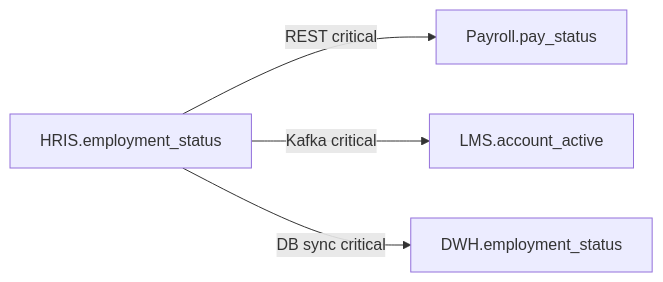
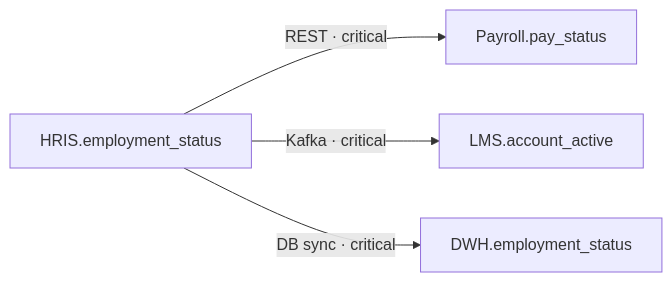
The second of 2 diagrams in docs/06-data-model.md (jah-guide/sourcemap), drawn with Mermaid before and after one commit. The commit also changed other lines of this file, not shown here.

Commit message:
docs: trim data model ERD for quick scanning

````diff
--- a/docs/06-data-model.md
+++ b/docs/06-data-model.md
@@ -98,11 +67,11 @@
 ```mermaid
 flowchart LR
   H[HRIS.employment_status]
   P[Payroll.pay_status]
   L[LMS.account_active]
   D[DWH.employment_status]
 
-  H -->|REST critical| P
-  H -->|Kafka critical| L
-  H -->|DB sync critical| D
+  H -->|REST · critical| P
+  H -->|Kafka · critical| L
+  H -->|DB sync · critical| D
 ```
````
